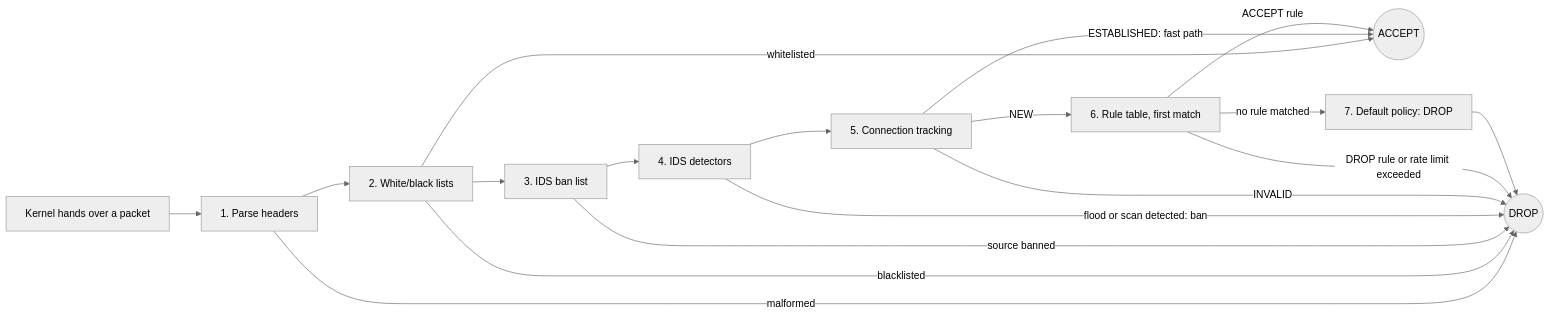
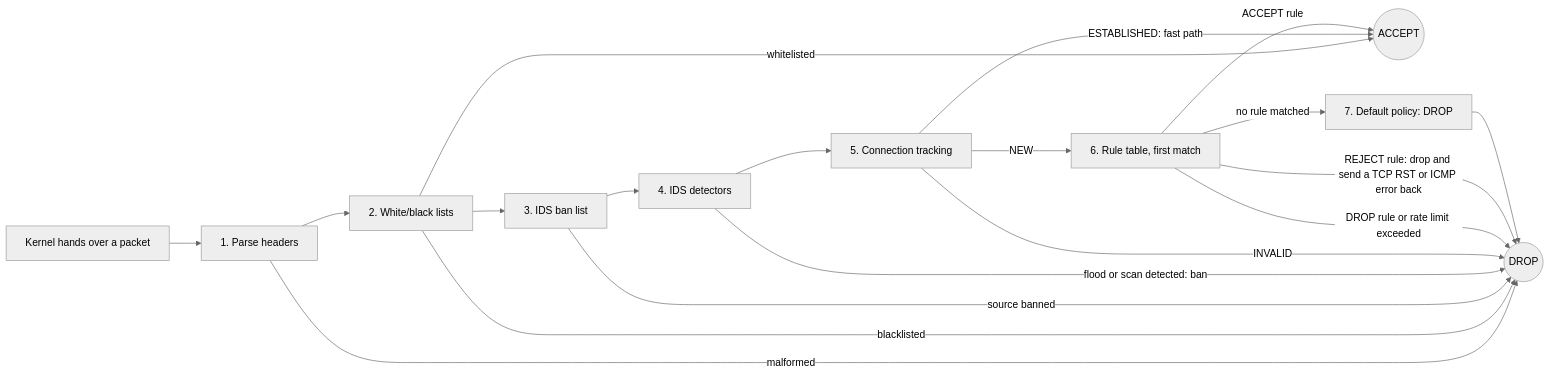
The diagram in README.md (DE9856/Firewall-Implementation), drawn with Mermaid (neutral theme) before and after one commit. The commit also changed other lines of this file and 66 other files, not shown here.

Commit message:
Add REJECT, IPv6, rule analysis, on-demand attacks, connections view and session history

````diff
--- a/README.md
+++ b/README.md
@@ -91,20 +96,21 @@
 ```mermaid
 flowchart LR
     K[Kernel hands over a packet] --> P[1. Parse headers]
     P -->|malformed| D((DROP))
     P --> L[2. White/black lists]
     L -->|whitelisted| A((ACCEPT))
     L -->|blacklisted| D
     L --> B[3. IDS ban list]
     B -->|source banned| D
     B --> I[4. IDS detectors]
     I -->|flood or scan detected: ban| D
     I --> C[5. Connection tracking]
     C -->|ESTABLISHED: fast path| A
     C -->|INVALID| D
     C -->|NEW| R[6. Rule table, first match]
     R -->|ACCEPT rule| A
     R -->|DROP rule or rate limit exceeded| D
+    R -->|REJECT rule: drop and send a TCP RST or ICMP error back| D
     R -->|no rule matched| Y[7. Default policy: DROP]
     Y --> D
 ```
````
